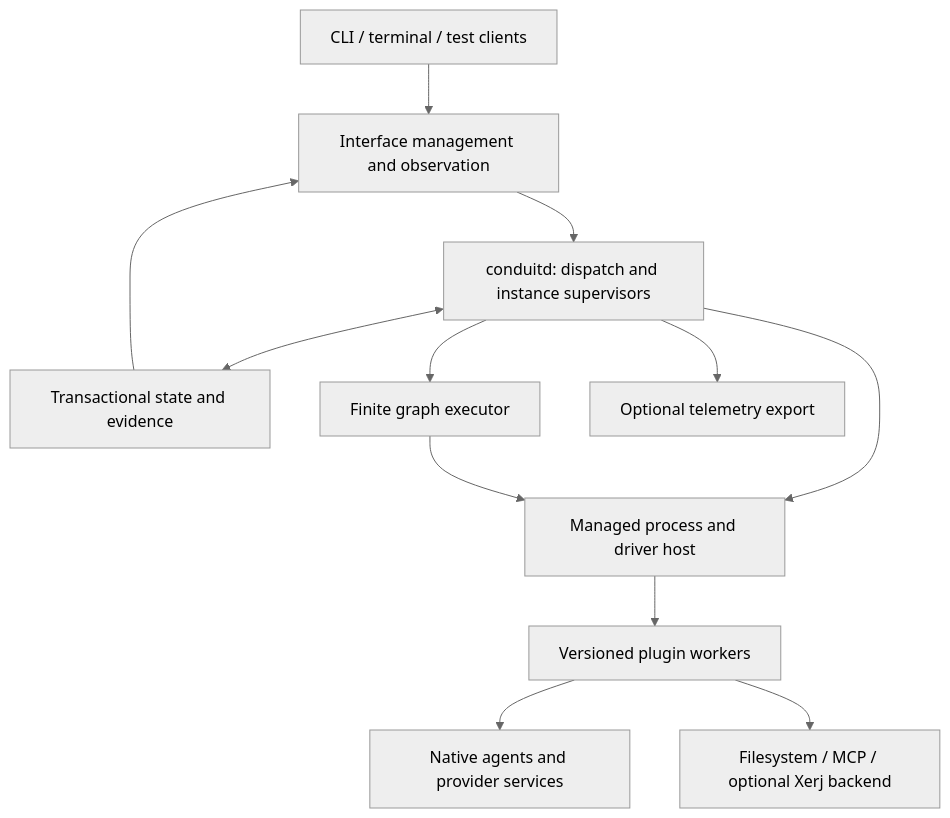
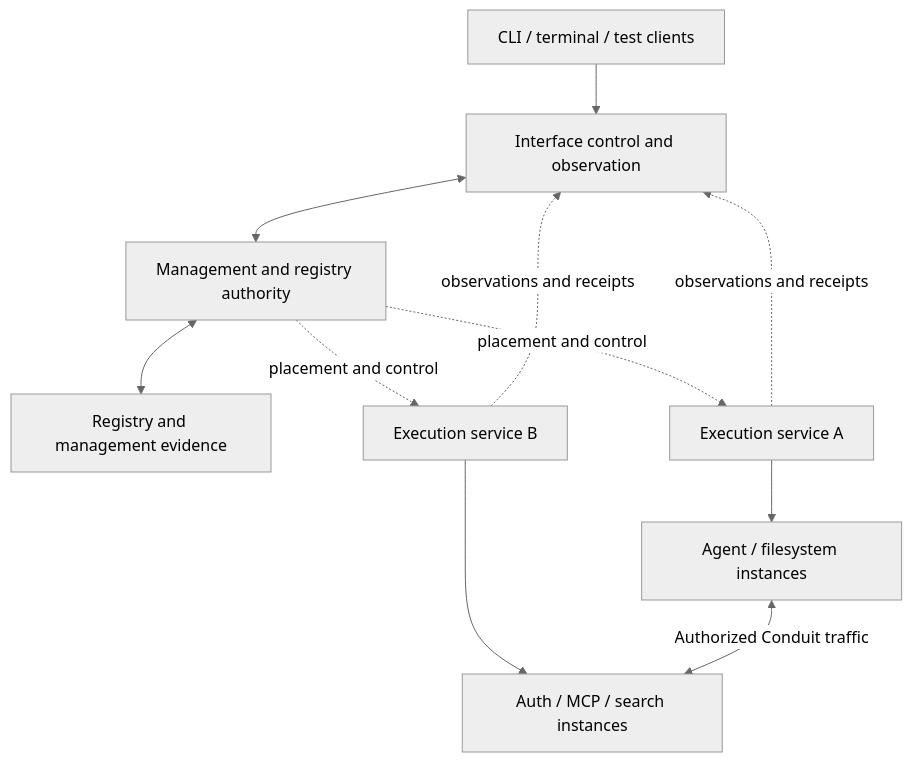
One commit to shrav-k/conduit changed the diagram in docs/proposals/implementation-v0/ARCHITECTURE.md. Above: the diagram before and after it, drawn with Mermaid (neutral theme). The commit also changed other lines of this file and 12 other files, not shown here.

````diff
--- a/docs/proposals/implementation-v0/ARCHITECTURE.md
+++ b/docs/proposals/implementation-v0/ARCHITECTURE.md
@@ -33,14 +39,13 @@
 ```mermaid
 flowchart TD
-    C[CLI / terminal / test clients] --> I[Interface management and observation]
-    I --> H[conduitd: dispatch and instance supervisors]
-    H <--> S[Transactional state and evidence]
-    H --> G[Finite graph executor]
-    H --> P[Managed process and driver host]
-    G --> P
-    P --> W[Versioned plugin workers]
-    W --> N[Native agents and provider services]
-    W --> B[Filesystem / MCP / optional Xerj backend]
-    S --> I
-    H --> E[Optional telemetry export]
+    C[CLI / terminal / test clients] --> I[Interface control and observation]
+    I <--> M[Management and registry authority]
+    M <--> S[Registry and management evidence]
+    M -. placement and control .-> X[Execution service A]
+    M -. placement and control .-> Y[Execution service B]
+    X --> A[Agent / filesystem instances]
+    Y --> R[Auth / MCP / search instances]
+    A <-->|Authorized Conduit traffic| R
+    X -. observations and receipts .-> I
+    Y -. observations and receipts .-> I
 ```
````
